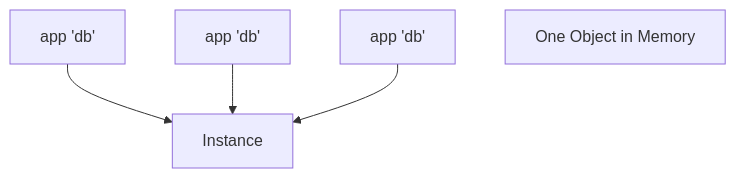
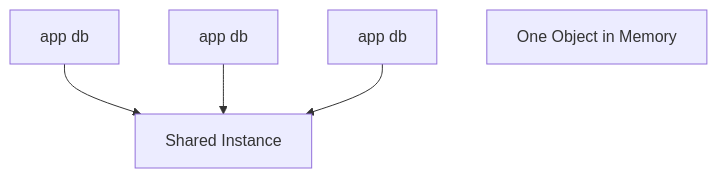
Before and after one commit to subhashladumor1/laravel-mastery-roadmap: diagram 37 of 50 in diagrams/50-comprehensive-diagrams.md, drawn with Mermaid. The commit also changed other lines of this file and 6 other files, not shown here.

First line of the commit message:
diagram rich issue

````diff
--- a/diagrams/50-comprehensive-diagrams.md
+++ b/diagrams/50-comprehensive-diagrams.md
@@ -383,7 +383,7 @@
 ```mermaid
 graph TD
-    Call1[app 'db'] --> Instance
-    Call2[app 'db'] --> Instance
-    Call3[app 'db'] --> Instance
+    Call1[app db] --> Instance[Shared Instance]
+    Call2[app db] --> Instance
+    Call3[app db] --> Instance
     Note[One Object in Memory]
 ```
````
